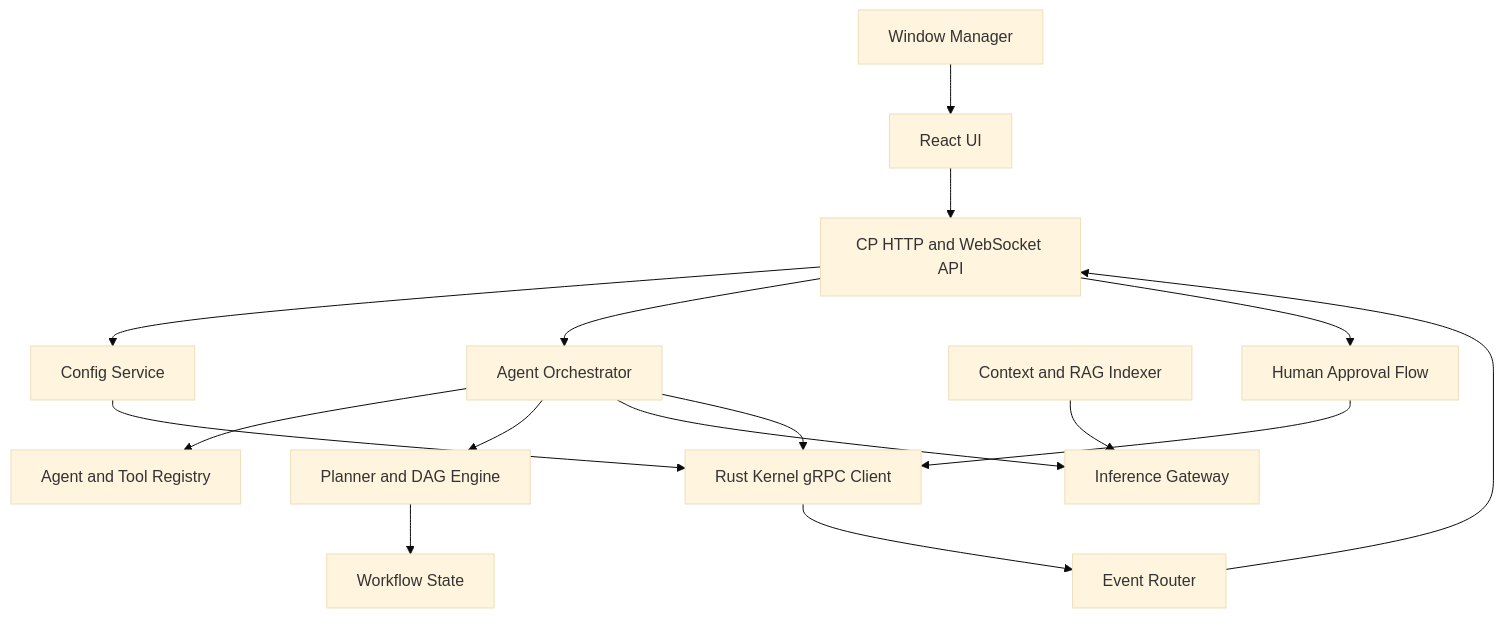
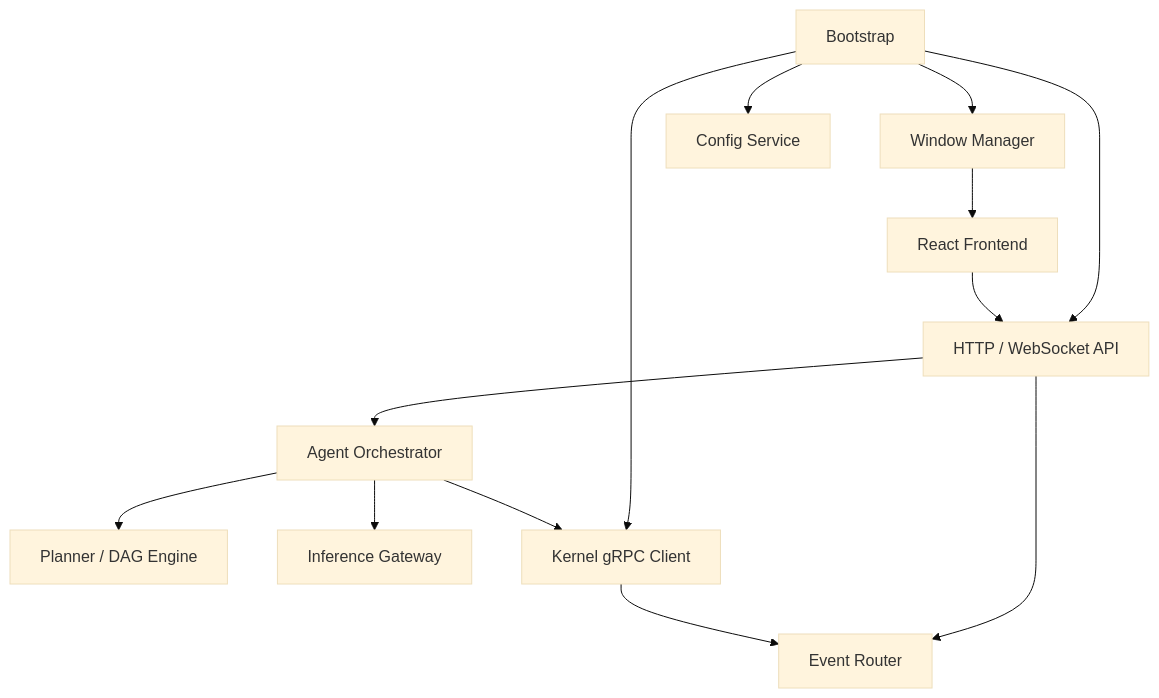
Before and after one commit to Psyborgs-git/Vloop-harness: the fourth of 4 diagrams in docs/fix-plan.md, drawn with Mermaid (base theme). The commit also changed other lines of this file and 182 other files, not shown here.

````diff
--- a/docs/fix-plan.md
+++ b/docs/fix-plan.md
@@ -284,32 +189,26 @@
 ```mermaid
 flowchart TB
+    Bootstrap[Bootstrap]
     Window[Window Manager]
-    HTTP[CP HTTP and WebSocket API]
-    UI[React UI]
+    HTTP[HTTP / WebSocket API]
     Config[Config Service]
     Agents[Agent Orchestrator]
-    Registry[Agent and Tool Registry]
-    Planner[Planner and DAG Engine]
-    Inference[Inference Gateway]
-    RustClient[Rust Kernel gRPC Client]
-    Workflow[Workflow State]
-    RAG[Context and RAG Indexer]
-    HITL[Human Approval Flow]
-    Events[Event Router]
+    Planner[Planner / DAG Engine]
+    Gateway[Inference Gateway]
+    KernelClient[Kernel gRPC Client]
+    EventRouter[Event Router]
+    UI[React Frontend]
 
+    Bootstrap --> Config
+    Bootstrap --> KernelClient
+    Bootstrap --> HTTP
+    Bootstrap --> Window
+    HTTP --> Agents
+    HTTP --> EventRouter
     Window --> UI
     UI --> HTTP
-    HTTP --> Config
-    HTTP --> Agents
-    HTTP --> HITL
-    Agents --> Registry
     Agents --> Planner
-    Agents --> Inference
-    Agents --> RustClient
-    Planner --> Workflow
-    RAG --> Inference
-    RustClient --> Events
-    Events --> HTTP
-    Config --> RustClient
-    HITL --> RustClient
+    Agents --> Gateway
+    Agents --> KernelClient
+    KernelClient --> EventRouter
 ```
````
